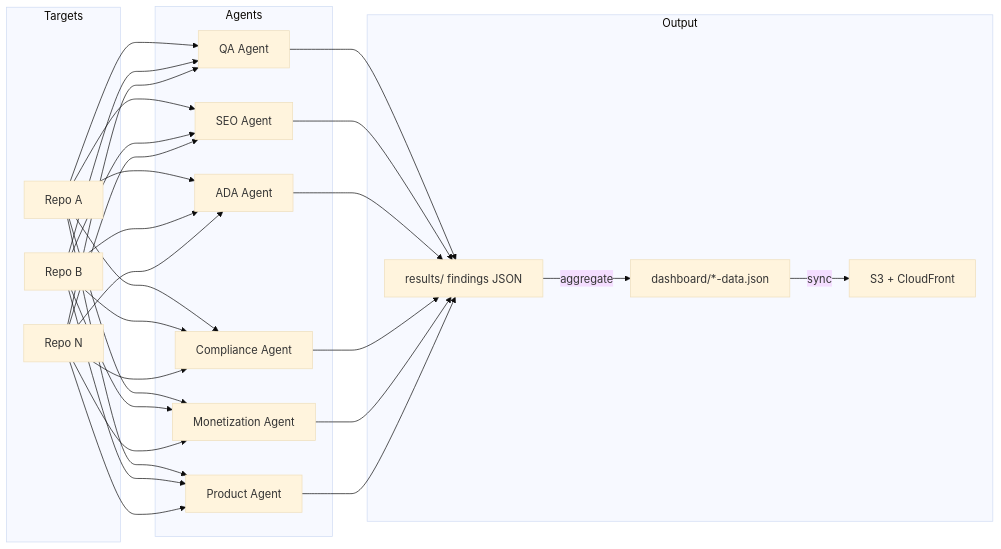
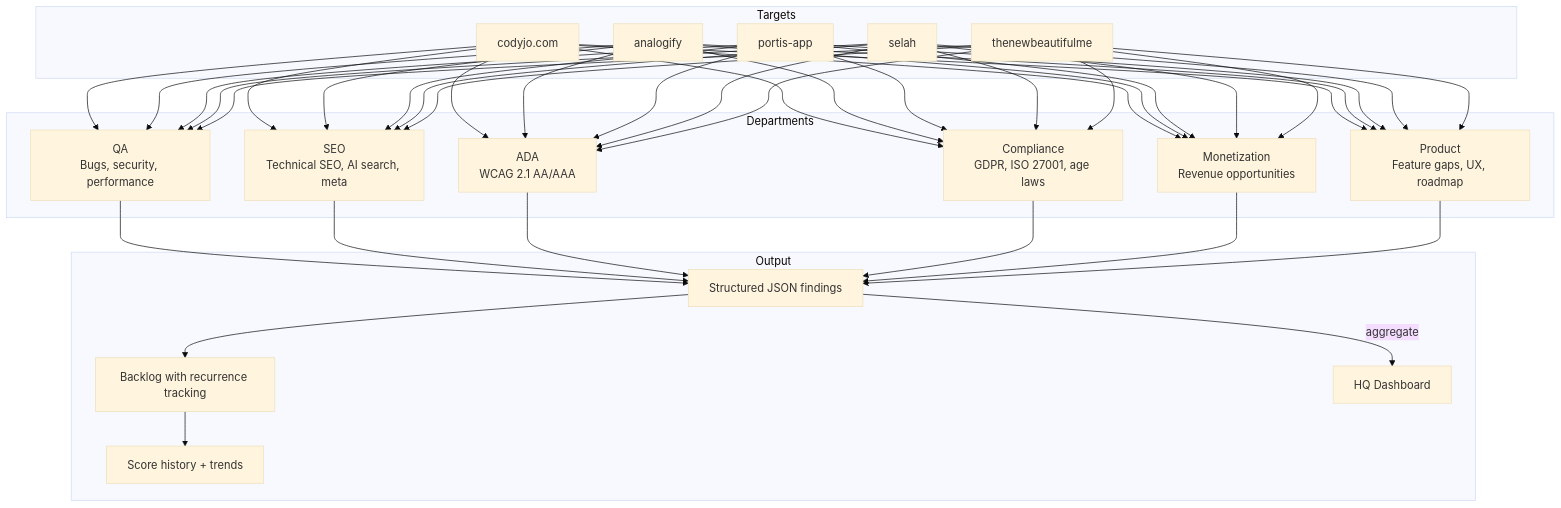
One commit to CodyJo/back-office changed the second of 6 diagrams in README.md. Above: the diagram before and after it, drawn with Mermaid (base theme). The commit also changed other lines of this file and 1 other file, not shown here.

````diff
--- a/README.md
+++ b/README.md
@@ -20,28 +65,32 @@
 ```mermaid
-flowchart LR
-    subgraph Targets
-        R1[Repo A]
-        R2[Repo B]
-        R3[Repo N]
+flowchart TB
+    subgraph Departments
+        QA[QA<br/>Bugs, security, performance]
+        SEO[SEO<br/>Technical SEO, AI search, meta]
+        ADA[ADA<br/>WCAG 2.1 AA/AAA]
+        COMP[Compliance<br/>GDPR, ISO 27001, age laws]
+        MON[Monetization<br/>Revenue opportunities]
+        PROD[Product<br/>Feature gaps, UX, roadmap]
     end
 
-    subgraph Agents
-        QA[QA Agent]
-        SEO[SEO Agent]
-        ADA[ADA Agent]
-        COMP[Compliance Agent]
-        MON[Monetization Agent]
-        PROD[Product Agent]
+    subgraph Targets
+        R1[codyjo.com]
+        R2[analogify]
+        R3[portis-app]
+        R4[selah]
+        R5[thenewbeautifulme]
     end
 
     subgraph Output
-        F[results/ findings JSON]
-        D[dashboard/*-data.json]
-        S3[S3 + CloudFront]
+        F[Structured JSON findings]
+        BL[Backlog with recurrence tracking]
+        D[HQ Dashboard]
+        SC[Score history + trends]
     end
 
-    R1 & R2 & R3 --> QA & SEO & ADA & COMP & MON & PROD
+    R1 & R2 & R3 & R4 & R5 --> QA & SEO & ADA & COMP & MON & PROD
     QA & SEO & ADA & COMP & MON & PROD --> F
+    F --> BL
     F -->|aggregate| D
-    D -->|sync| S3
+    BL --> SC
 ```
````
